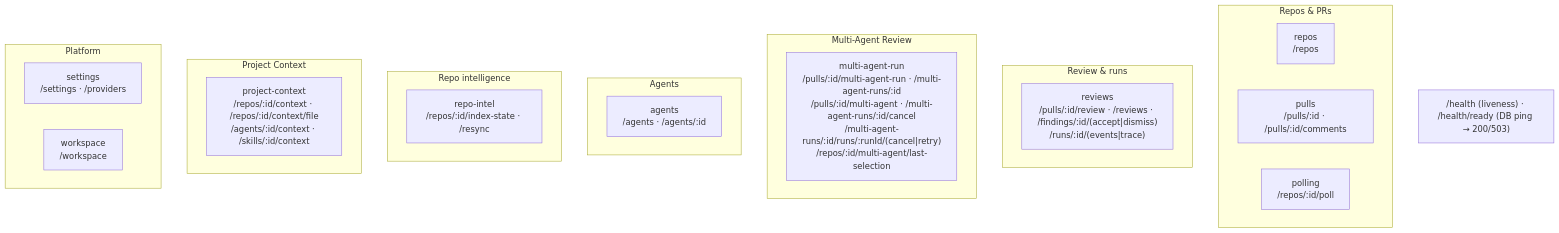
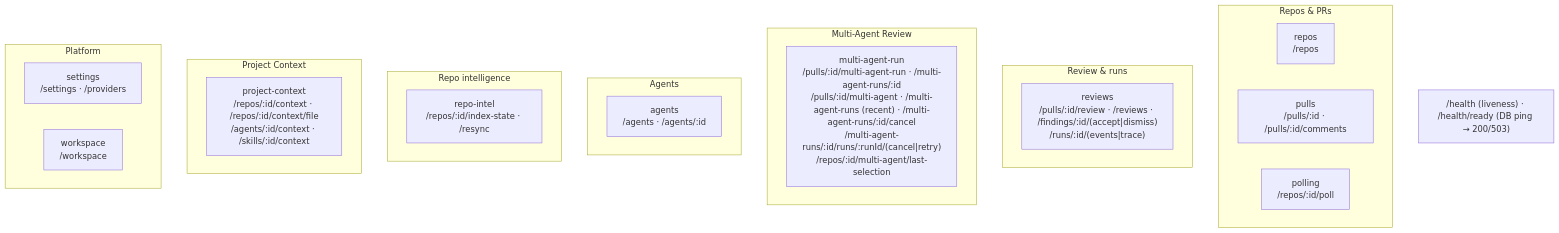
One commit to MShcherbyna/dev-digest changed the second of 2 diagrams in server/README.md. Above: the diagram before and after it, drawn with Mermaid. The commit also changed 18 other files, not shown here.

First line of the commit message:
emdash/multi-agent-review-01x94: landing page recent-runs list, Tabs auto-expand, disagree card layout fix, Configure centering

````diff
--- a/server/README.md
+++ b/server/README.md
@@ -64,28 +64,28 @@
 ```mermaid
 flowchart TB
   subgraph Repos_PRs["Repos & PRs"]
     repos["repos<br/>/repos"]
     pulls["pulls<br/>/pulls/:id · /pulls/:id/comments"]
     polling["polling<br/>/repos/:id/poll"]
   end
   subgraph Review["Review & runs"]
     reviews["reviews<br/>/pulls/:id/review · /reviews · /findings/:id/(accept|dismiss)<br/>/runs/:id/(events|trace)"]
   end
   subgraph MultiAgent["Multi-Agent Review"]
-    multiAgentRun["multi-agent-run<br/>/pulls/:id/multi-agent-run · /multi-agent-runs/:id<br/>/pulls/:id/multi-agent · /multi-agent-runs/:id/cancel<br/>/multi-agent-runs/:id/runs/:runId/(cancel|retry)<br/>/repos/:id/multi-agent/last-selection"]
+    multiAgentRun["multi-agent-run<br/>/pulls/:id/multi-agent-run · /multi-agent-runs/:id<br/>/pulls/:id/multi-agent · /multi-agent-runs (recent) · /multi-agent-runs/:id/cancel<br/>/multi-agent-runs/:id/runs/:runId/(cancel|retry)<br/>/repos/:id/multi-agent/last-selection"]
   end
   subgraph Agents["Agents"]
     agents["agents<br/>/agents · /agents/:id"]
   end
   subgraph Intel["Repo intelligence"]
     repoIntel["repo-intel<br/>/repos/:id/index-state · /resync"]
   end
   subgraph Context["Project Context"]
     projectContext["project-context<br/>/repos/:id/context · /repos/:id/context/file<br/>/agents/:id/context · /skills/:id/context"]
   end
   subgraph Platform["Platform"]
     settings["settings<br/>/settings · /providers"]
     workspace["workspace<br/>/workspace"]
   end
   HEALTH["/health (liveness) · /health/ready (DB ping → 200/503)"]
 ```
````
